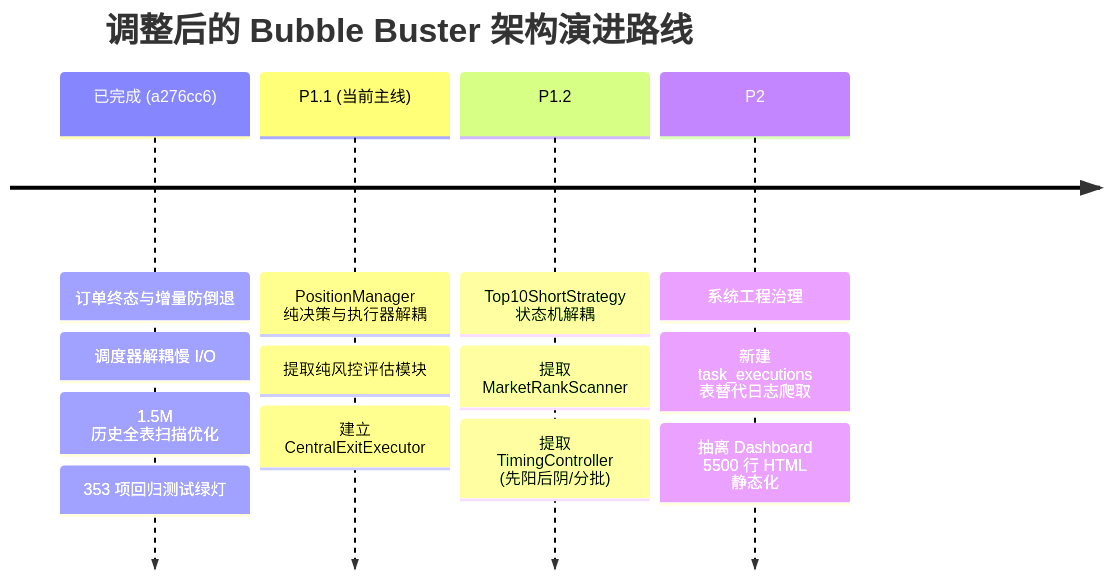
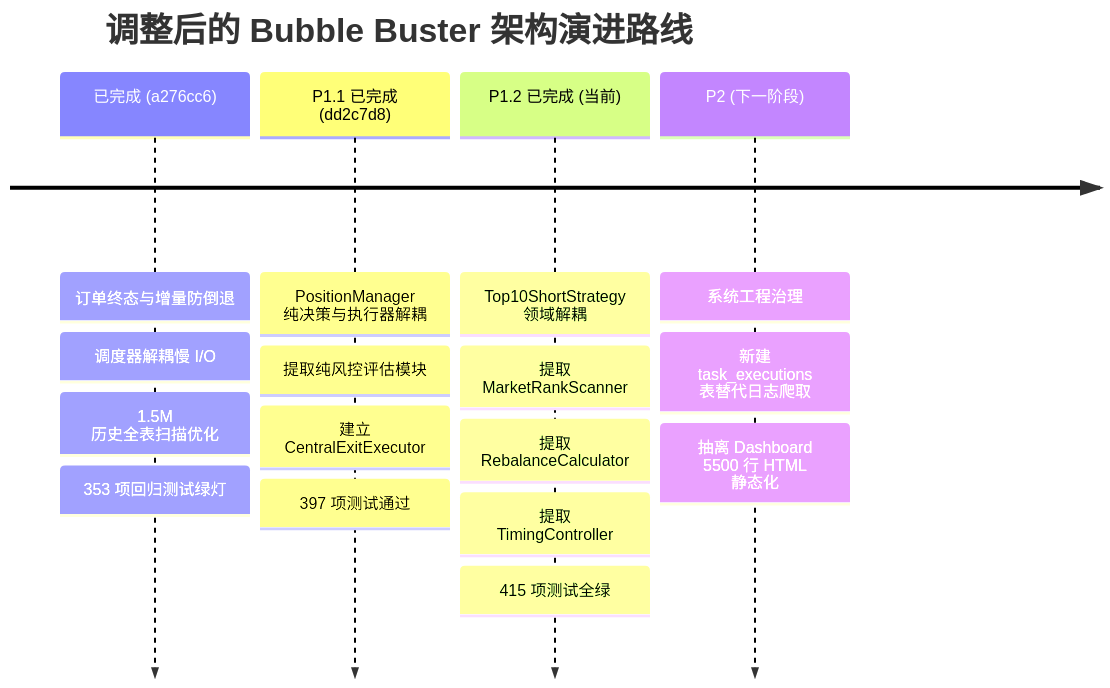
The third of 4 diagrams in docs/ARCHITECTURE_REVIEW.md (miracle-zs/bubble_buster), drawn with Mermaid before and after one commit. The commit also changed other lines of this file and 9 other files, not shown here.

First line of the commit message:
refactor(strategy): decouple Top10ShortStrategy into pure domain submodules (Phase P1.2)

````diff
--- a/docs/ARCHITECTURE_REVIEW.md
+++ b/docs/ARCHITECTURE_REVIEW.md
@@ -183,8 +183,8 @@
 ```mermaid
 timeline
     title 调整后的 Bubble Buster 架构演进路线
     已完成 (a276cc6) : 订单终态与增量防倒退 : 调度器解耦慢 I/O : 1.5M 历史全表扫描优化 : 353 项回归测试绿灯
-    P1.1 (当前主线) : PositionManager 纯决策与执行器解耦 : 提取纯风控评估模块 : 建立 CentralExitExecutor
-    P1.2 : Top10ShortStrategy 状态机解耦 : 提取 MarketRankScanner : 提取 TimingController (先阳后阴/分批)
-    P2 : 系统工程治理 : 新建 task_executions 表替代日志爬取 : 抽离 Dashboard 5500 行 HTML 静态化
+    P1.1 已完成 (dd2c7d8) : PositionManager 纯决策与执行器解耦 : 提取纯风控评估模块 : 建立 CentralExitExecutor : 397 项测试通过
+    P1.2 已完成 (当前) : Top10ShortStrategy 领域解耦 : 提取 MarketRankScanner : 提取 RebalanceCalculator : 提取 TimingController : 415 项测试全绿
+    P2 (下一阶段) : 系统工程治理 : 新建 task_executions 表替代日志爬取 : 抽离 Dashboard 5500 行 HTML 静态化
 ```
````
